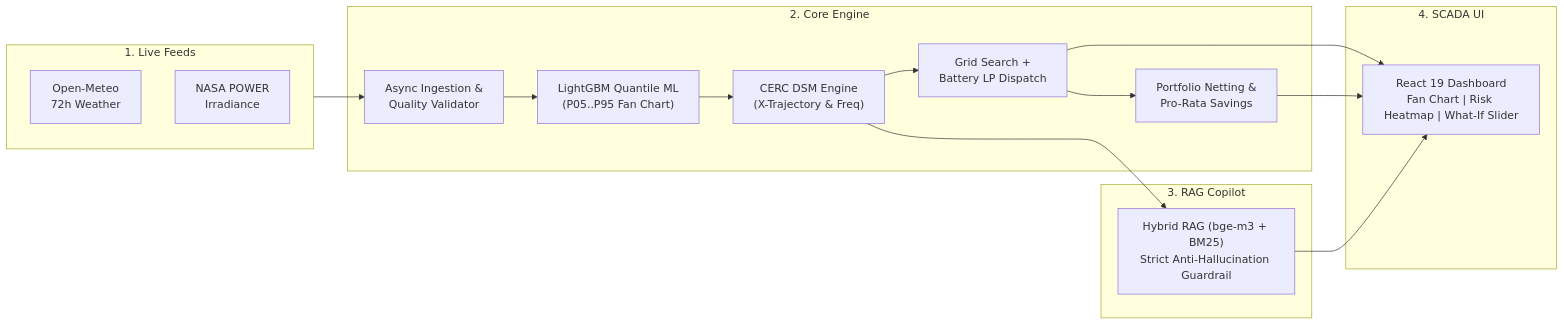
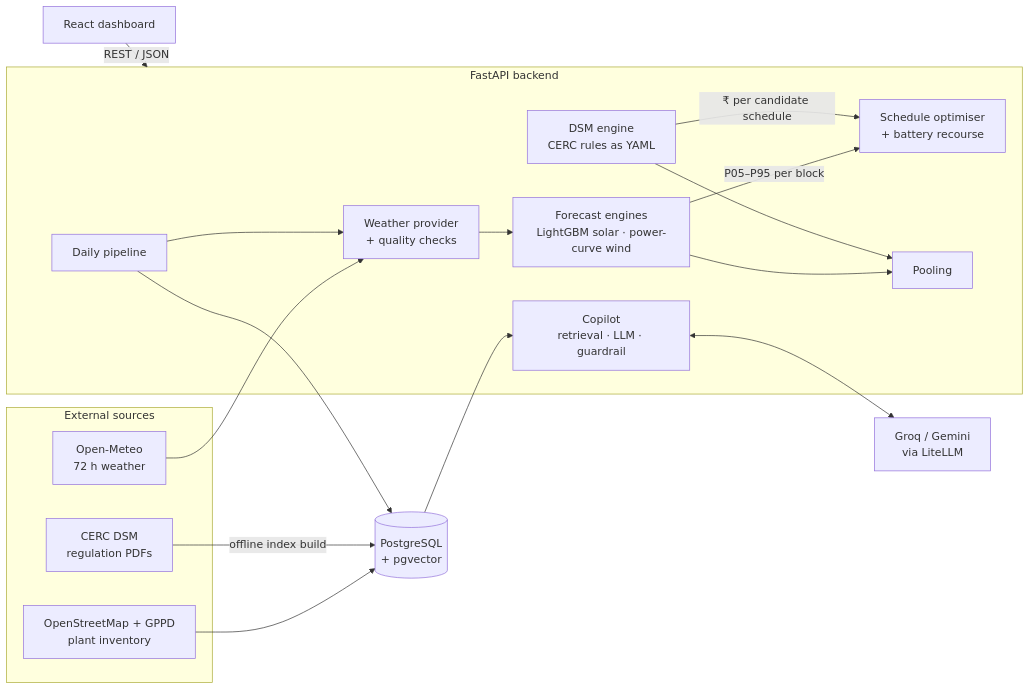
The first of 4 diagrams in README.md (Meetvirugama/AI-Powered-Renewable-Generation-Forecasting-Platform), drawn with Mermaid before and after one commit. The commit also changed other lines of this file and 17 other files, not shown here.

````diff
--- a/README.md
+++ b/README.md
@@ -31,29 +72,36 @@
 ```mermaid
-graph LR
-    subgraph Inputs["1. Live Feeds"]
-        OM["Open-Meteo<br/>72h Weather"]
-        NASA["NASA POWER<br/>Irradiance"]
+flowchart LR
+    subgraph sources [External sources]
+        OM["Open-Meteo<br/>72 h weather"]
+        INV["OpenStreetMap + GPPD<br/>plant inventory"]
+        REG["CERC DSM<br/>regulation PDFs"]
     end
 
-    subgraph Pipeline["2. Core Engine"]
-        INGEST["Async Ingestion &<br/>Quality Validator"]
-        ML["LightGBM Quantile ML<br/>(P05..P95 Fan Chart)"]
-        DSM["CERC DSM Engine<br/>(X-Trajectory & Freq)"]
-        OPT["Grid Search +<br/>Battery LP Dispatch"]
-        POOL["Portfolio Netting &<br/>Pro-Rata Savings"]
+    subgraph api [FastAPI backend]
+        WX["Weather provider<br/>+ quality checks"]
+        FC["Forecast engines<br/>LightGBM solar · power-curve wind"]
+        DSM["DSM engine<br/>CERC rules as YAML"]
+        OPT["Schedule optimiser<br/>+ battery recourse"]
+        POOL["Pooling"]
+        COP["Copilot<br/>retrieval · LLM · guardrail"]
+        PIPE["Daily pipeline"]
     end
 
-    subgraph Explainer["3. RAG Copilot"]
-        RAG["Hybrid RAG (bge-m3 + BM25)<br/>Strict Anti-Hallucination Guardrail"]
-    end
+    DB[("PostgreSQL<br/>+ pgvector")]
+    LLM["Groq / Gemini<br/>via LiteLLM"]
+    UI["React dashboard"]
 
-    subgraph UI["4. SCADA UI"]
-        DASH["React 19 Dashboard<br/>Fan Chart | Risk Heatmap | What-If Slider"]
-    end
+    OM --> WX --> FC
+    FC -->|"P05–P95 per block"| OPT
+    DSM -->|"₹ per candidate schedule"| OPT
+    FC --> POOL
+    DSM --> POOL
+    INV --> DB
+    REG -->|"offline index build"| DB
+    DB --> COP
+    COP <--> LLM
+    PIPE --> WX
+    PIPE --> DB
 
-    Inputs --> INGEST --> ML --> DSM --> OPT --> POOL
-    DSM --> RAG
-    OPT --> DASH
-    POOL --> DASH
-    RAG --> DASH
+    UI -->|"REST / JSON"| api
 ```
````
